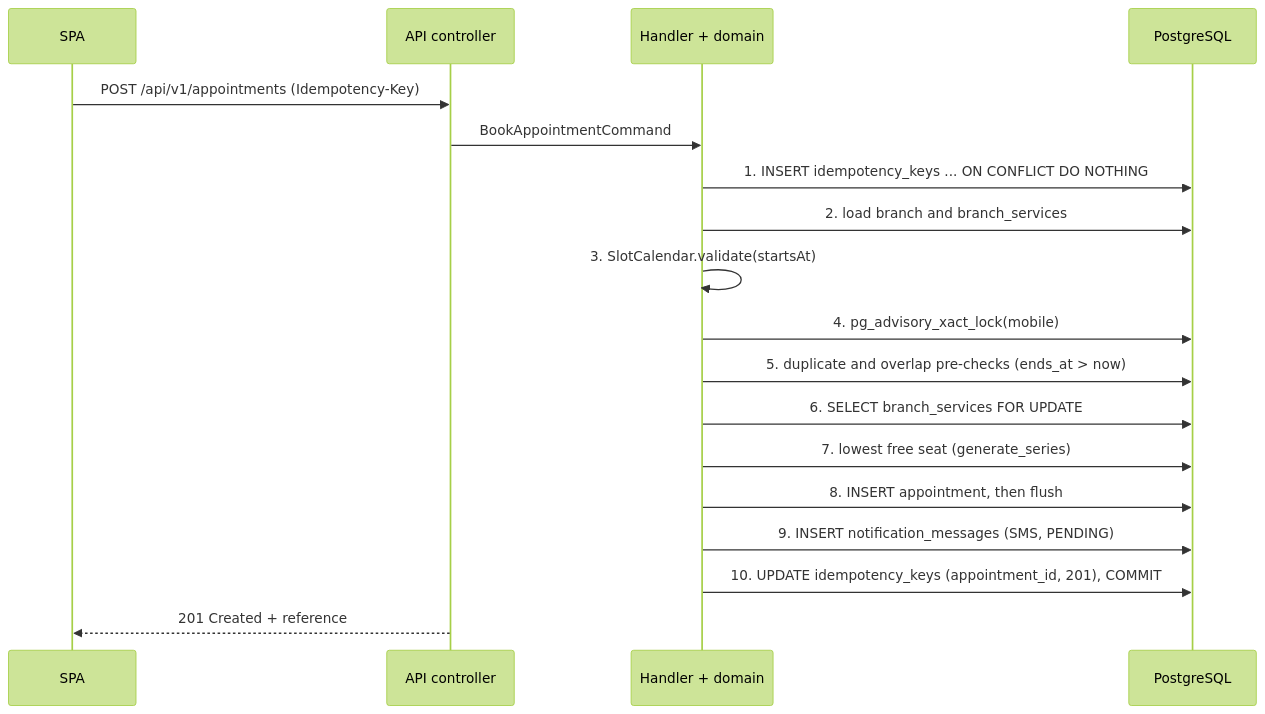
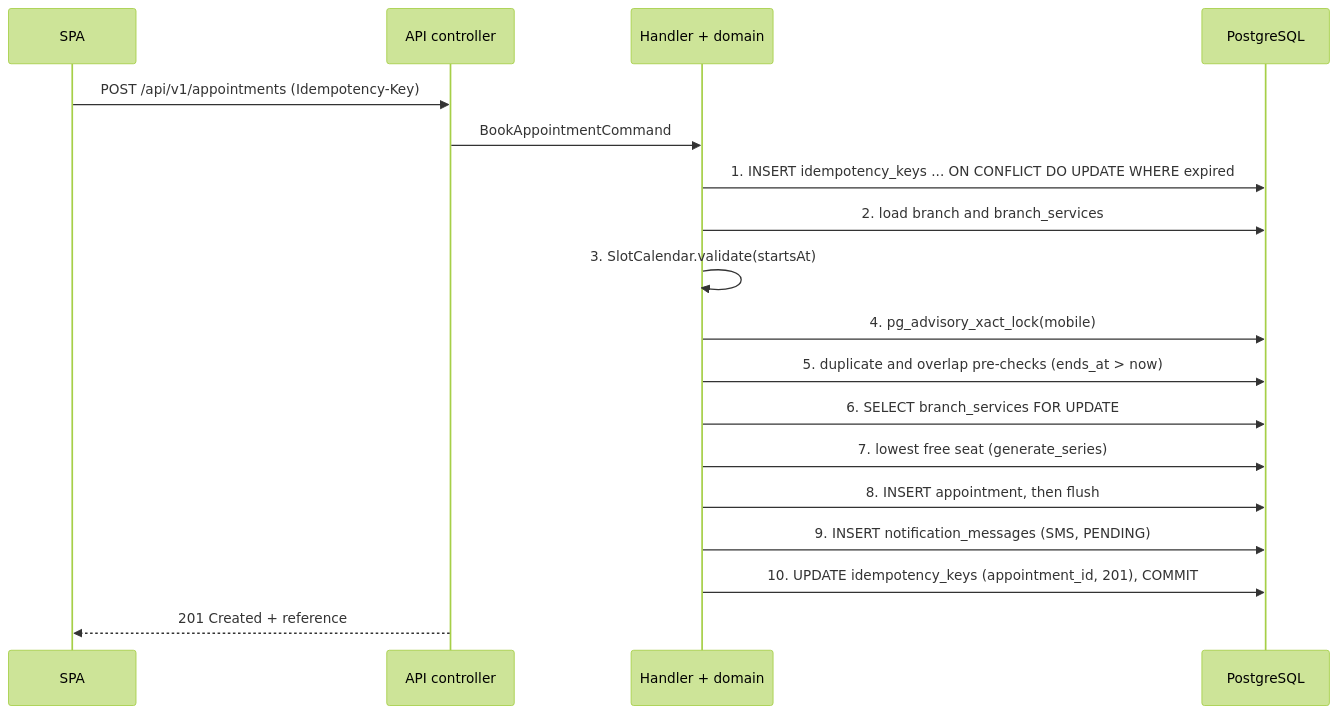
One commit to KatlehoKomeke/Appointment-Booking-System changed the third of 6 diagrams in docs/architecture.md. Above: the diagram before and after it, drawn with Mermaid (forest theme). The commit also changed other lines of this file and 9 other files, not shown here.

````diff
--- a/docs/architecture.md
+++ b/docs/architecture.md
@@ -83,20 +83,20 @@
 ```mermaid
 sequenceDiagram
     participant SPA
     participant API as API controller
     participant H as Handler + domain
     participant DB as PostgreSQL
     SPA->>API: POST /api/v1/appointments (Idempotency-Key)
     API->>H: BookAppointmentCommand
-    H->>DB: 1. INSERT idempotency_keys ... ON CONFLICT DO NOTHING
+    H->>DB: 1. INSERT idempotency_keys ... ON CONFLICT DO UPDATE WHERE expired
     H->>DB: 2. load branch and branch_services
     H->>H: 3. SlotCalendar.validate(startsAt)
     H->>DB: 4. pg_advisory_xact_lock(mobile)
     H->>DB: 5. duplicate and overlap pre-checks (ends_at > now)
     H->>DB: 6. SELECT branch_services FOR UPDATE
     H->>DB: 7. lowest free seat (generate_series)
     H->>DB: 8. INSERT appointment, then flush
     H->>DB: 9. INSERT notification_messages (SMS, PENDING)
     H->>DB: 10. UPDATE idempotency_keys (appointment_id, 201), COMMIT
     API-->>SPA: 201 Created + reference
 ```
````
